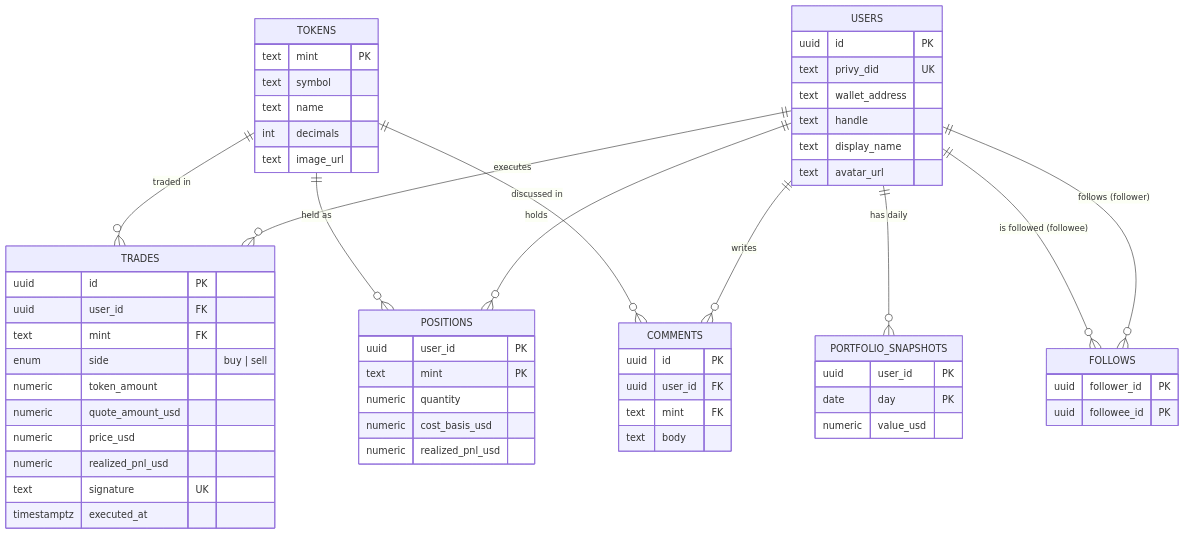
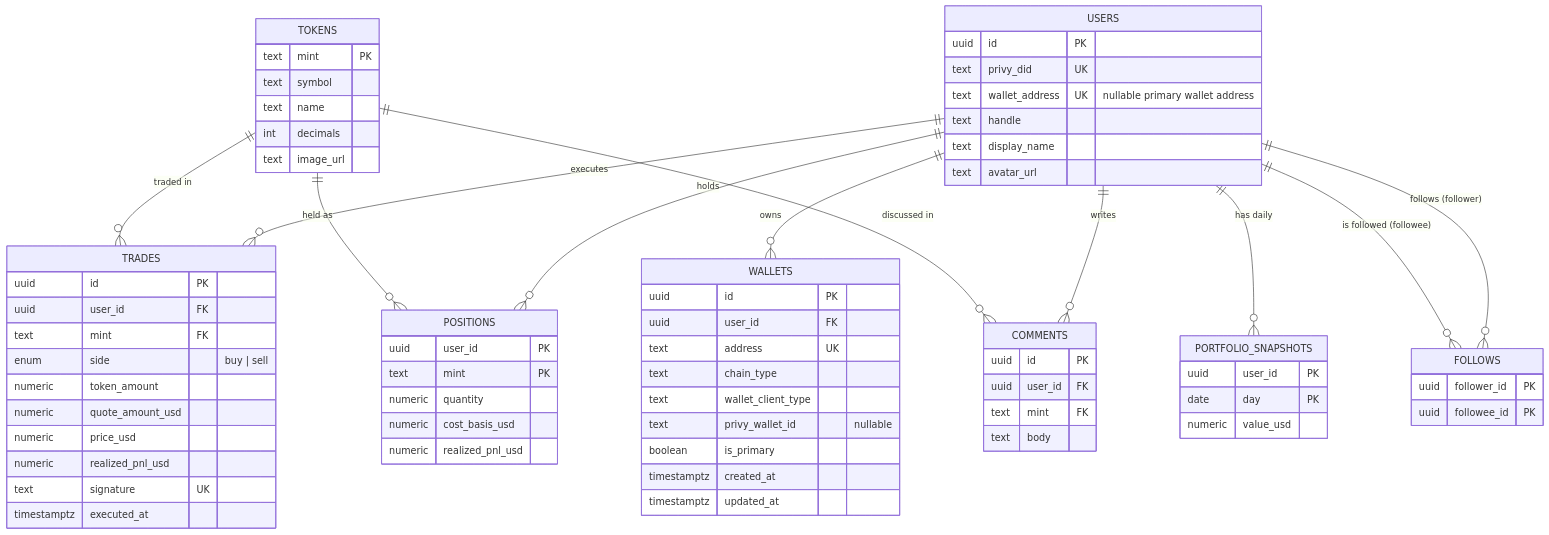
Before and after one commit to jog01/agele: the first of 2 diagrams in docs/data-model.md, drawn with Mermaid. The commit also changed 1 other file, not shown here.

Commit message:
docs(auth): consolidate wallet ER diagram in data model

````diff
--- a/docs/data-model.md
+++ b/docs/data-model.md
@@ -5,62 +5,74 @@
 ```mermaid
 erDiagram
   USERS ||--o{ TRADES : executes
+  USERS ||--o{ WALLETS : owns
   USERS ||--o{ POSITIONS : holds
   USERS ||--o{ PORTFOLIO_SNAPSHOTS : "has daily"
   USERS ||--o{ COMMENTS : writes
   USERS ||--o{ FOLLOWS : "follows (follower)"
   USERS ||--o{ FOLLOWS : "is followed (followee)"
   TOKENS ||--o{ TRADES : "traded in"
   TOKENS ||--o{ POSITIONS : "held as"
   TOKENS ||--o{ COMMENTS : "discussed in"
 
   USERS {
     uuid id PK
     text privy_did UK
-    text wallet_address
+    text wallet_address UK "nullable primary wallet address"
     text handle
     text display_name
     text avatar_url
   }
   TOKENS {
     text mint PK
     text symbol
     text name
     int decimals
     text image_url
+  }
+  WALLETS {
+    uuid id PK
+    uuid user_id FK
+    text address UK
+    text chain_type
+    text wallet_client_type
+    text privy_wallet_id "nullable"
+    boolean is_primary
+    timestamptz created_at
+    timestamptz updated_at
   }
   TRADES {
     uuid id PK
     uuid user_id FK
     text mint FK
     enum side "buy | sell"
     numeric token_amount
     numeric quote_amount_usd
     numeric price_usd
     numeric realized_pnl_usd
     text signature UK
     timestamptz executed_at
   }
   POSITIONS {
     uuid user_id PK
     text mint PK
     numeric quantity
     numeric cost_basis_usd
     numeric realized_pnl_usd
   }
   PORTFOLIO_SNAPSHOTS {
     uuid user_id PK
     date day PK
     numeric value_usd
   }
   COMMENTS {
     uuid id PK
     uuid user_id FK
     text mint FK
     text body
   }
   FOLLOWS {
     uuid follower_id PK
     uuid followee_id PK
   }
 ```
````
